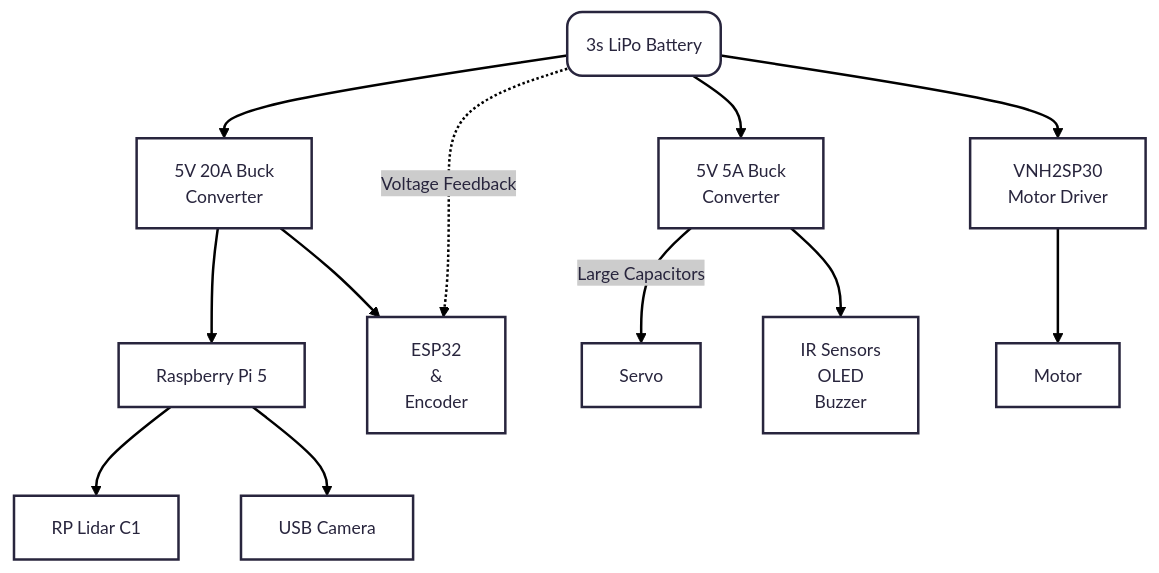
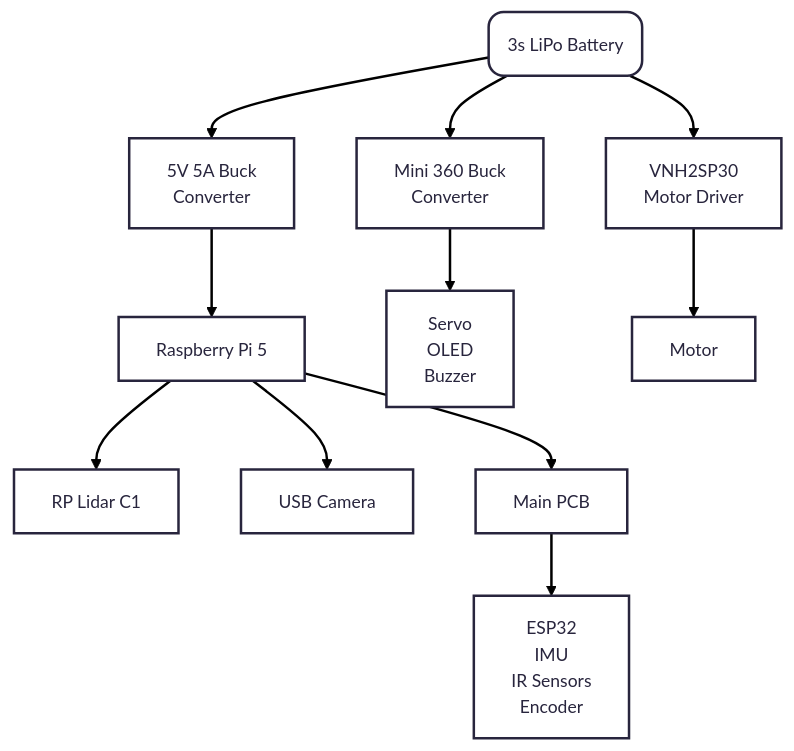
One commit to A-N-M-Noor/LazyGo_WRO2025 changed the diagram in README.md. Above: the diagram before and after it, drawn with Mermaid. The commit also changed other lines of this file and 1 other file, not shown here.

````diff
--- a/README.md
+++ b/README.md
@@ -373,15 +328,14 @@
 ```mermaid
 ---
 config:
   theme: redux
 ---
 flowchart TD
-    n1["3s LiPo Battery"] --> n3["5V 20A Buck<br>Converter"] & n4["5V 5A Buck<br>Converter"] & n5["VNH2SP30<br>Motor Driver"]
-    n3 --> n6["Raspberry Pi 5"] & n7["ESP32<br>&<br>Encoder"]
-    n6 --> n8["RP Lidar C1"] & n9["USB Camera"]
-    n4 -- Large Capacitors --> n10["Servo"]
-    n4 --> n11["IR Sensors<br>OLED<br>Buzzer"]
+    n1["3s LiPo Battery"] --> n3["5V 5A Buck<br>Converter"] & n4["Mini 360 Buck<br>Converter"] & n5["VNH2SP30<br>Motor Driver"]
+    n3 --> n6["Raspberry Pi 5"]
+    n6 --> n7["RP Lidar C1"] & n8["USB Camera"] & n9["Main PCB"]
+    n9 --> n10["ESP32<br>IMU<br>IR Sensors<br>Encoder"]
+    n4 --> n11["Servo<br>OLED<br>Buzzer"]
     n5 --> n12["Motor"]
-    n1 -. Voltage Feedback .-> n7
     n1@{ shape: rounded}
 ```
````
